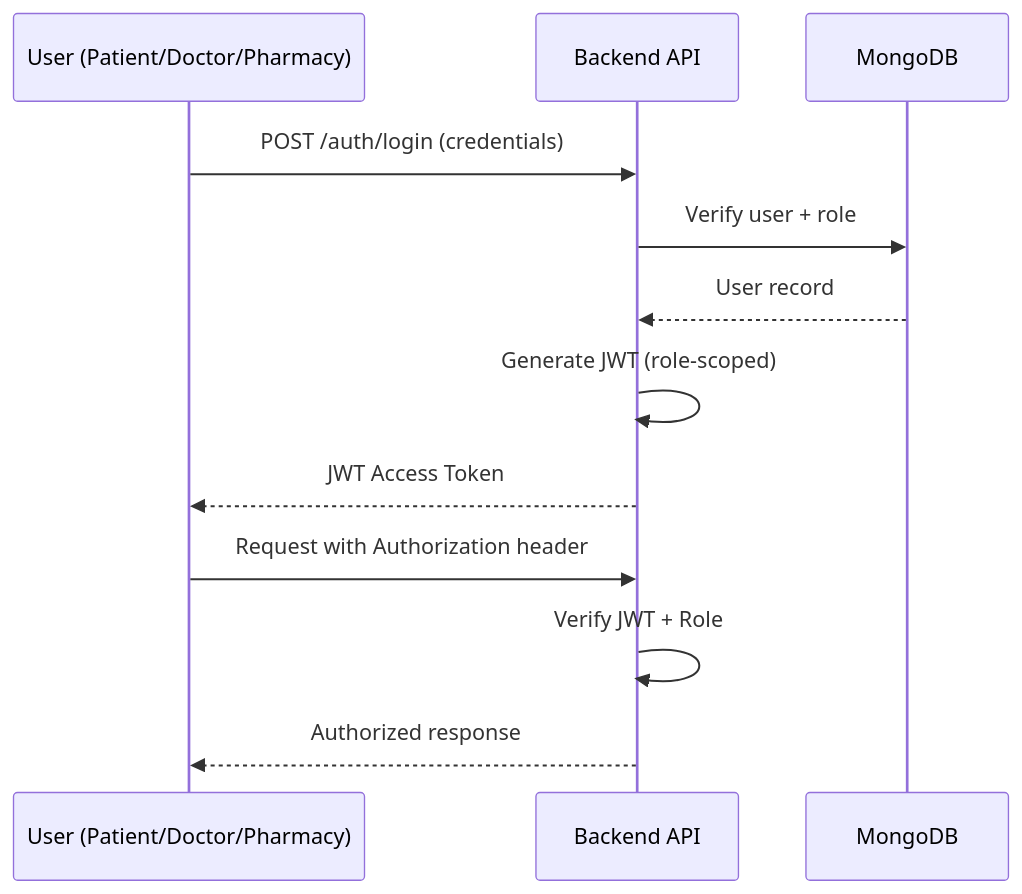
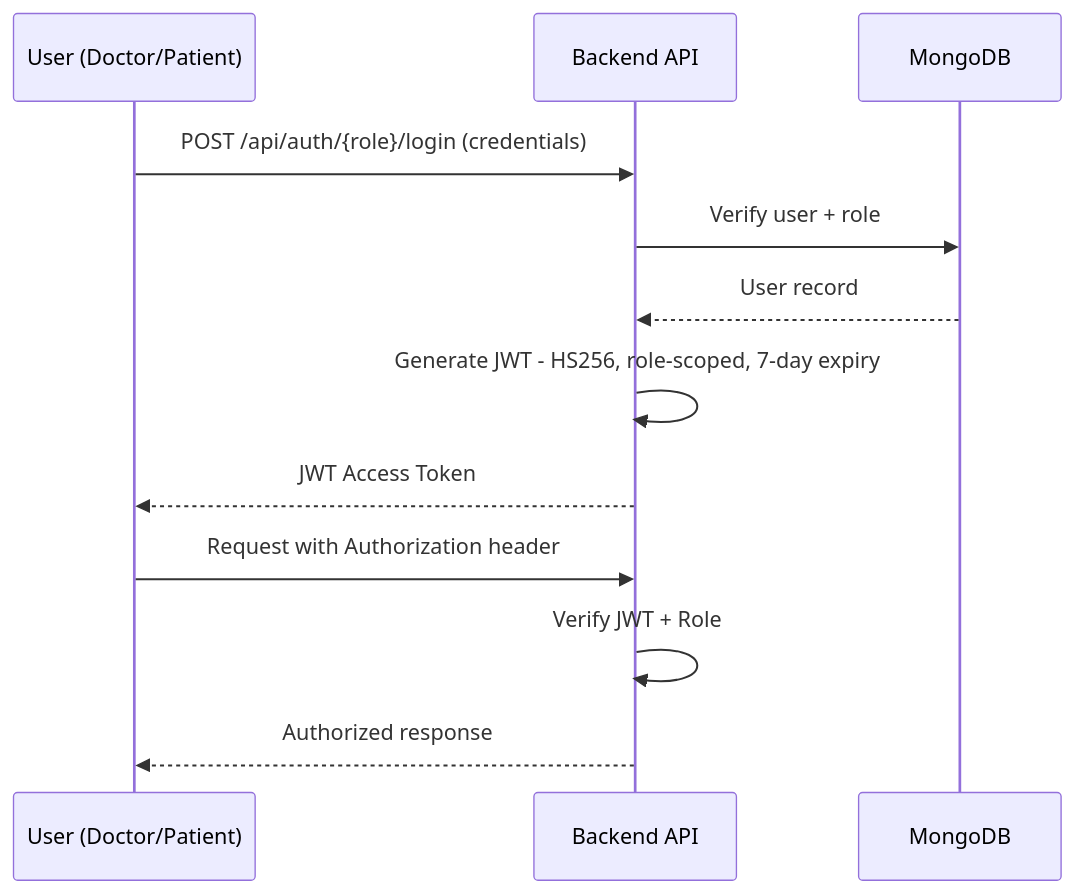
Before and after one commit to VivekMane57/RxDigit: the seventh of 8 diagrams in README.md, drawn with Mermaid. The commit also changed other lines of this file, not shown here.

````diff
--- a/README.md
+++ b/README.md
@@ -355,15 +355,15 @@
 ```mermaid
 sequenceDiagram
-    participant U as User (Patient/Doctor/Pharmacy)
+    participant U as User (Doctor/Patient)
     participant API as Backend API
     participant DB as MongoDB
 
-    U->>API: POST /auth/login (credentials)
+    U->>API: POST /api/auth/{role}/login (credentials)
     API->>DB: Verify user + role
     DB-->>API: User record
-    API->>API: Generate JWT (role-scoped)
+    API->>API: Generate JWT - HS256, role-scoped, 7-day expiry
     API-->>U: JWT Access Token
     U->>API: Request with Authorization header
     API->>API: Verify JWT + Role
     API-->>U: Authorized response
 ```
````
